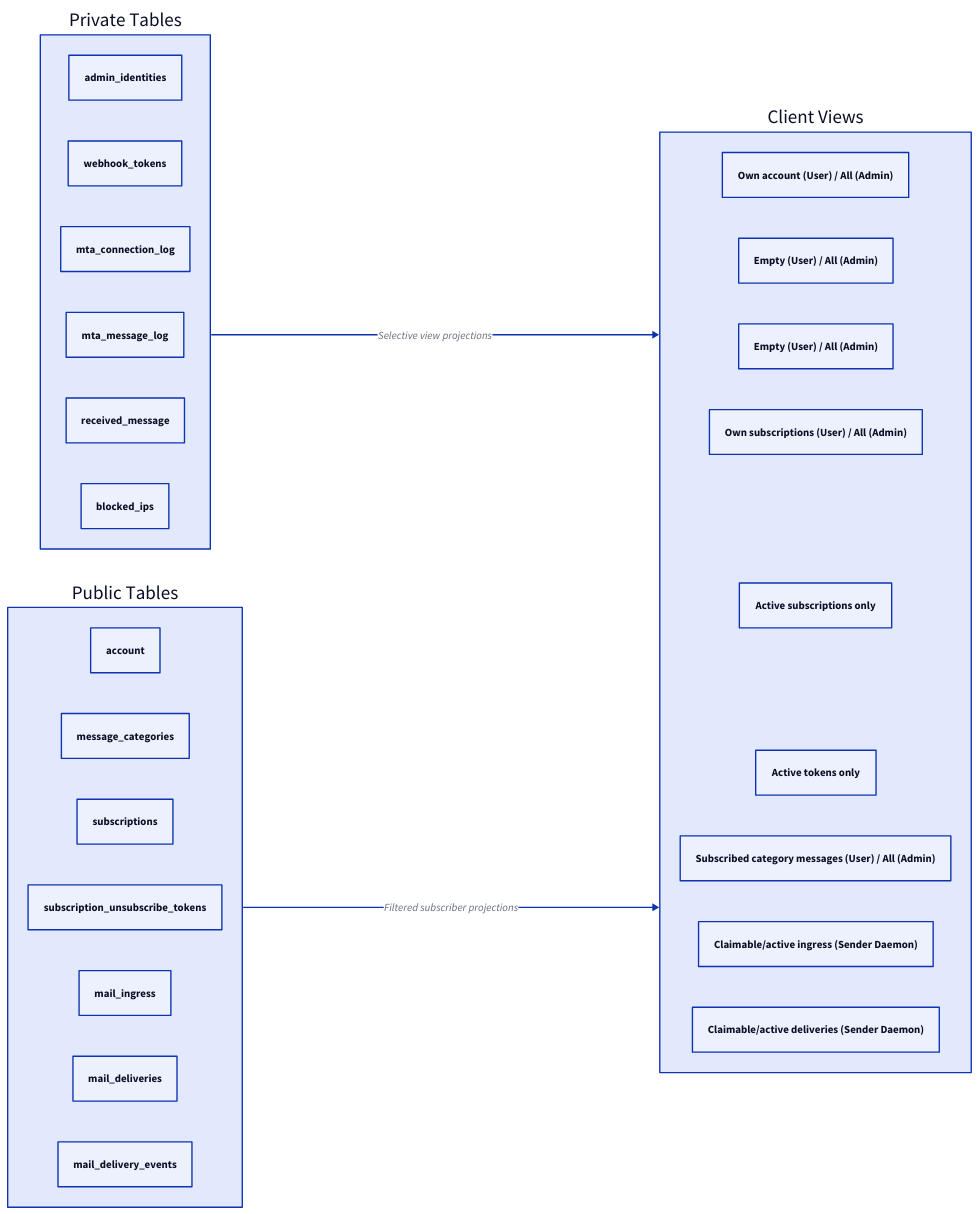
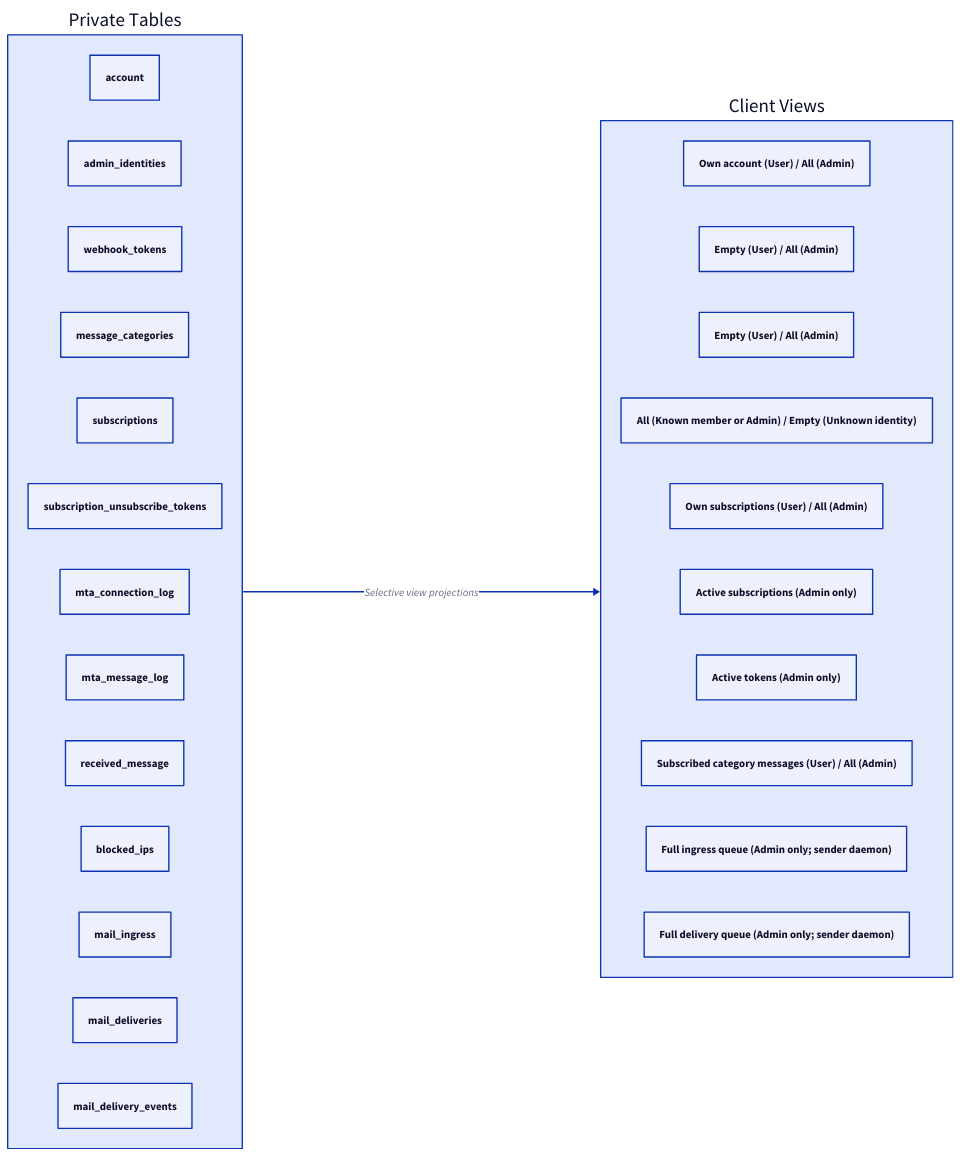
The fourth of 4 diagrams in docs/src/core/spacetimedb/database-schema.md (enaut/kommunikationszentrum), drawn with D2 before and after one commit. The commit also changed other lines of this file and 61 other files, not shown here.

Commit message:
make the tables private and add some views for authenticated access.

````diff
--- a/docs/src/core/spacetimedb/database-schema.md
+++ b/docs/src/core/spacetimedb/database-schema.md
@@ -302,37 +339,34 @@
 ```d2
 direction: right
 
 "Private Tables": {
+  account
   admin_identities
   webhook_tokens
+  message_categories
+  subscriptions
+  subscription_unsubscribe_tokens
   mta_connection_log
   mta_message_log
   received_message
   blocked_ips
-}
-
-"Public Tables": {
-  account
-  message_categories
-  subscriptions
-  subscription_unsubscribe_tokens
   mail_ingress
   mail_deliveries
   mail_delivery_events
 }
 
 "Client Views": {
   visible_accounts: "Own account (User) / All (Admin)"
   visible_admin_identities: "Empty (User) / All (Admin)"
   visible_webhook_tokens: "Empty (User) / All (Admin)"
+  visible_message_categories: "All (Known member or Admin) / Empty (Unknown identity)"
   visible_subscriptions: "Own subscriptions (User) / All (Admin)"
-  active_subscriptions: "Active subscriptions only"
-  active_unsubscribe_tokens: "Active tokens only"
+  active_subscriptions: "Active subscriptions (Admin only)"
+  active_unsubscribe_tokens: "Active tokens (Admin only)"
   visible_messages: "Subscribed category messages (User) / All (Admin)"
-  sender_mail_ingress: "Claimable/active ingress (Sender Daemon)"
-  sender_mail_deliveries: "Claimable/active deliveries (Sender Daemon)"
+  sender_mail_ingress: "Full ingress queue (Admin only; sender daemon)"
+  sender_mail_deliveries: "Full delivery queue (Admin only; sender daemon)"
 }
 
 "Private Tables" -> "Client Views": "Selective view projections"
-"Public Tables" -> "Client Views": "Filtered subscriber projections"
 ```
````
